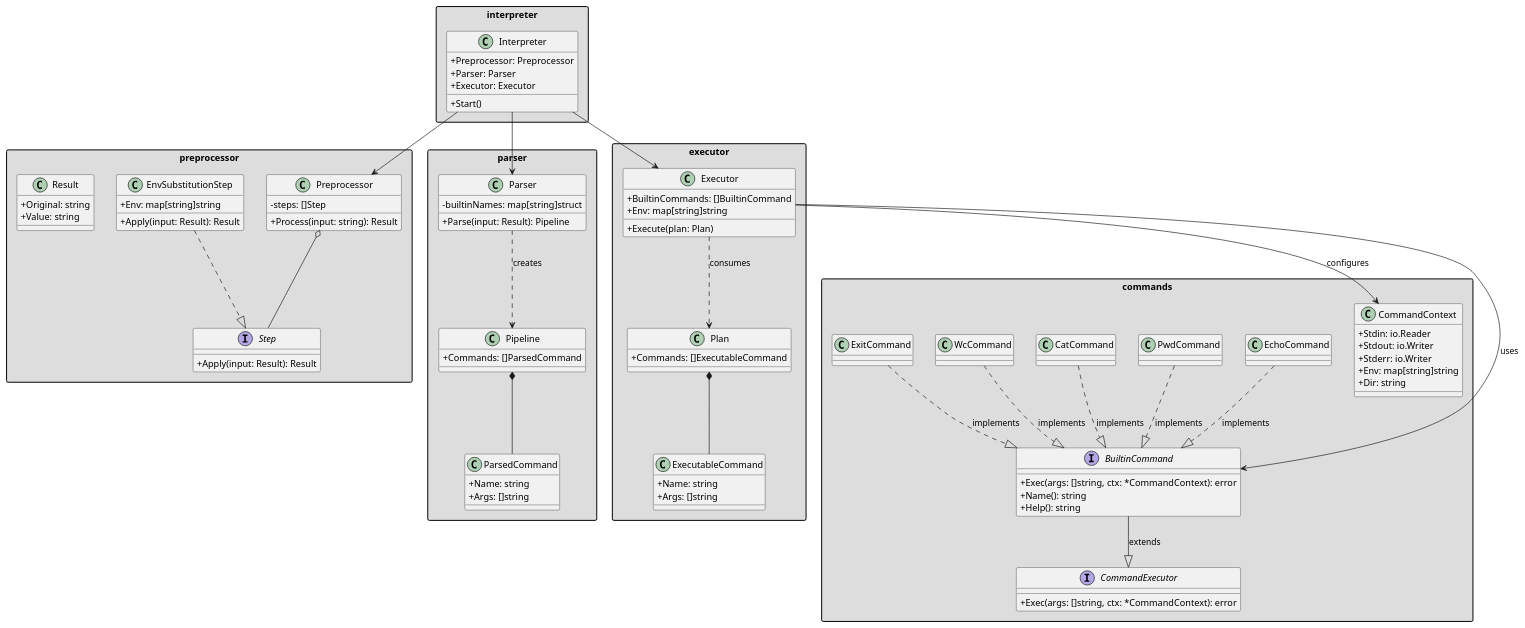
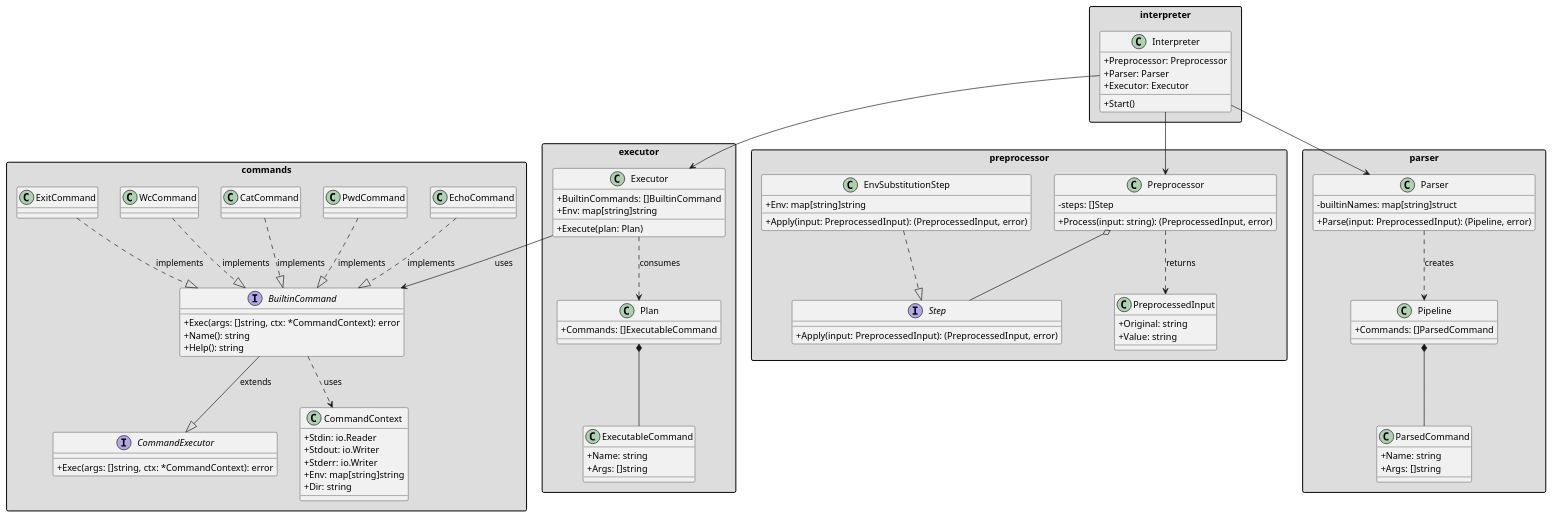
One commit to ggerlakh/software-design-mhs-itmo changed the diagram in docs/class_diagram.puml. Above: the diagram before and after it, drawn with PlantUML. The commit also changed 8 other files, not shown here.

Commit message:
Fix uml & readme

```diff
--- a/docs/class_diagram.puml
+++ b/docs/class_diagram.puml
@@ -1,118 +1,119 @@
 @startuml
 skinparam classAttributeIconSize 0
 skinparam backgroundColor #FFFFFF
 skinparam packageStyle rectangle
 
 ' Пакеты и классы
 package "commands" #DDDDDD {
     interface CommandExecutor {
         +Exec(args: []string, ctx: *CommandContext): error
     }
     
     interface BuiltinCommand {
         +Exec(args: []string, ctx: *CommandContext): error
         +Name(): string
         +Help(): string
     }
     
     class CommandContext {
         +Stdin: io.Reader
         +Stdout: io.Writer
         +Stderr: io.Writer
         +Env: map[string]string
         +Dir: string
     }
     
     class EchoCommand
     class PwdCommand
     class CatCommand
     class WcCommand
     class ExitCommand
     
     BuiltinCommand --|> CommandExecutor : extends
+    BuiltinCommand ..> CommandContext : uses
     EchoCommand ..|> BuiltinCommand : implements
     PwdCommand ..|> BuiltinCommand : implements
     CatCommand ..|> BuiltinCommand : implements
     WcCommand ..|> BuiltinCommand : implements
     ExitCommand ..|> BuiltinCommand : implements
 }
 
 package "preprocessor" #DDDDDD {
     class Preprocessor {
         -steps: []Step
-        +Process(input: string): Result
+        +Process(input: string): (PreprocessedInput, error)
     }
     
     interface Step {
-        +Apply(input: Result): Result
+        +Apply(input: PreprocessedInput): (PreprocessedInput, error)
     }
     
     class EnvSubstitutionStep {
         +Env: map[string]string
-        +Apply(input: Result): Result
+        +Apply(input: PreprocessedInput): (PreprocessedInput, error)
     }
     
-    class Result {
+    class PreprocessedInput {
         +Original: string
         +Value: string
     }
     
     Preprocessor o-- Step
+    Preprocessor ..> PreprocessedInput : returns
     EnvSubstitutionStep ..|> Step
 }
 
 package "parser" #DDDDDD {
     class Parser {
         -builtinNames: map[string]struct
-        +Parse(input: Result): Pipeline
+        +Parse(input: PreprocessedInput): (Pipeline, error)
     }
     
     class ParsedCommand {
         +Name: string
         +Args: []string
     }
     
     class Pipeline {
         +Commands: []ParsedCommand
     }
     
     Parser ..> Pipeline : creates
     Pipeline *-- ParsedCommand
 }
 
 package "executor" #DDDDDD {
     class Executor {
         +BuiltinCommands: []BuiltinCommand
         +Env: map[string]string
         +Execute(plan: Plan)
     }
     
     class Plan {
         +Commands: []ExecutableCommand
     }
     
     class ExecutableCommand {
         +Name: string
         +Args: []string
     }
     
     Executor ..> Plan : consumes
     Plan *-- ExecutableCommand
     Executor --> BuiltinCommand : uses
-    Executor --> CommandContext : configures
 }
 
 package "interpreter" #DDDDDD {
     class Interpreter {
         +Preprocessor: Preprocessor
         +Parser: Parser
         +Executor: Executor
         +Start()
     }
     
     Interpreter --> Preprocessor
     Interpreter --> Parser
     Interpreter --> Executor
 }
 
 @enduml
```
